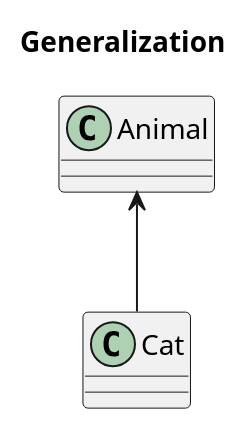
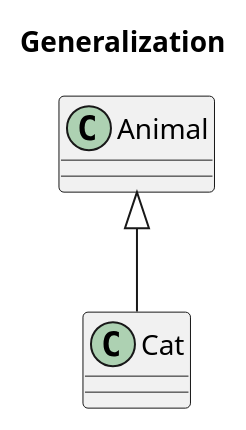
Before and after one commit to lewky/java-note: the fifth of 6 diagrams in docs/basic/面向对象.md, drawn with PlantUML. The commit also changed other lines of this file and 1 other file, not shown here.

````diff
--- a/docs/basic/面向对象.md
+++ b/docs/basic/面向对象.md
@@ -178,9 +178,9 @@
 ```plantuml
 @startuml
 title Generalization
 
 class Animal
 class Cat
-Animal <-- Cat
+Animal <|-- Cat
 @enduml
 ```
````
